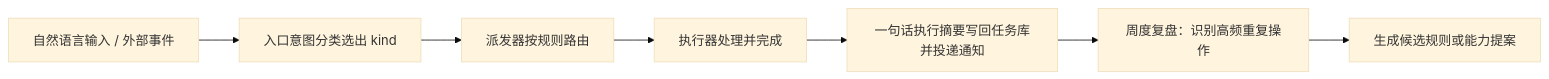
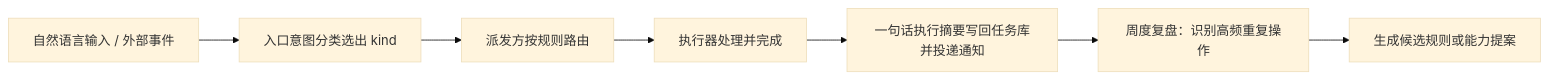
The diagram in docs/personal-agent.md (ShizkMoon/ai-collab-assistant), drawn with Mermaid (base theme) before and after one commit. The commit also changed other lines of this file and 47 other files, not shown here.

````diff
--- a/docs/personal-agent.md
+++ b/docs/personal-agent.md
@@ -53,9 +53,9 @@
 ```mermaid
 flowchart LR
   I["自然语言输入 / 外部事件"] --> C["入口意图分类选出 kind"]
-  C --> D["派发器按规则路由"]
+  C --> D["派发方按规则路由"]
   D --> X["执行器处理并完成"]
   X --> S["一句话执行摘要写回任务库并投递通知"]
   S --> W["周度复盘：识别高频重复操作"]
   W --> P["生成候选规则或能力提案"]
 ```
````
